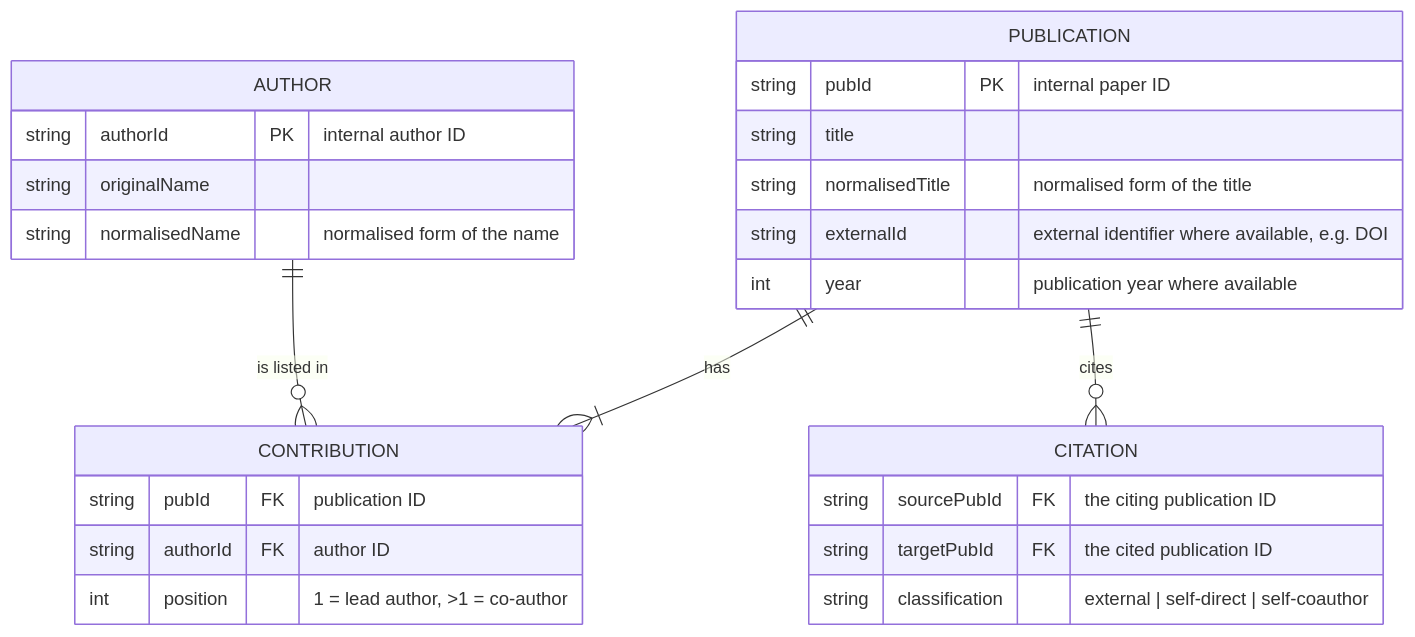
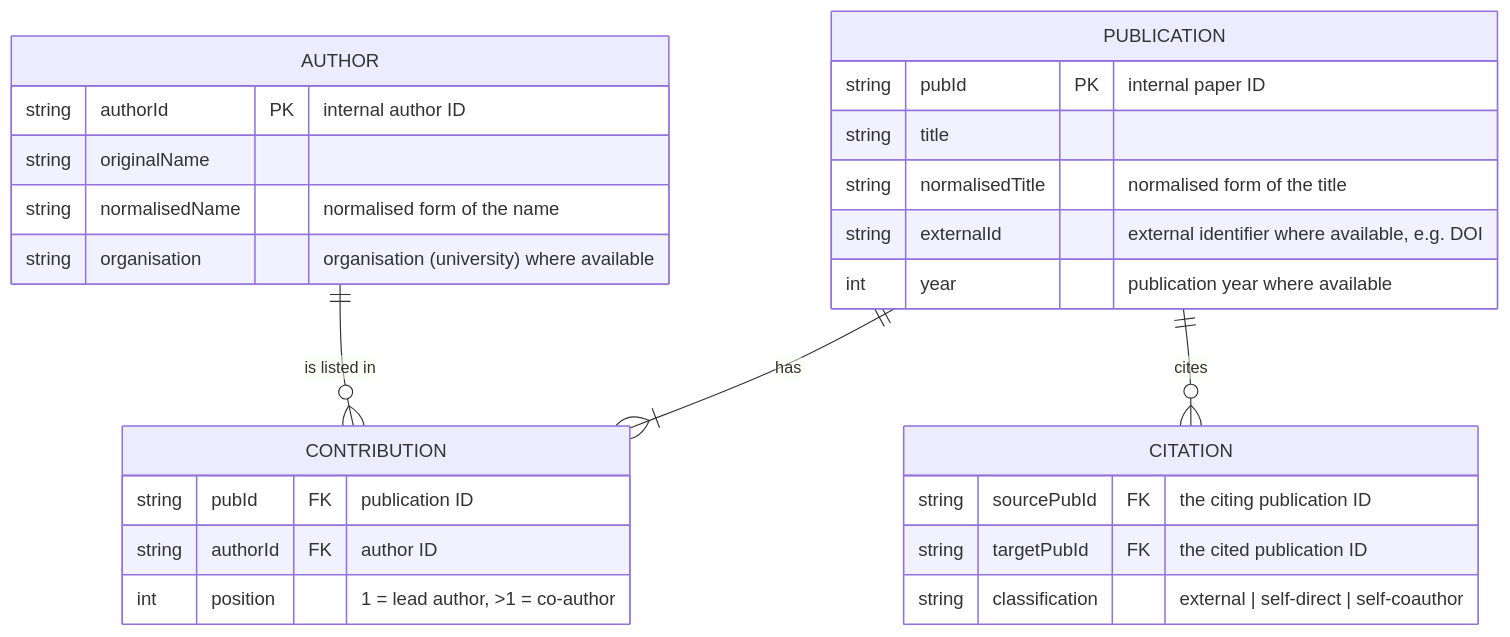
The fifth of 8 diagrams in docs/system-design.md (esaounkine/uop-thesis), drawn with Mermaid before and after one commit. The commit also changed 10 other files, not shown here.

````diff
--- a/docs/system-design.md
+++ b/docs/system-design.md
@@ -255,36 +255,37 @@
 ```mermaid
 erDiagram
 
   PUBLICATION ||--|{ CONTRIBUTION : "has"
   
   AUTHOR ||--o{ CONTRIBUTION : "is listed in"
 
   PUBLICATION ||--o{ CITATION : "cites"
 
 
   PUBLICATION {
     string pubId PK "internal paper ID"
     string title
     string normalisedTitle "normalised form of the title"
     string externalId "external identifier where available, e.g. DOI"
     int year "publication year where available"
   }
 
   AUTHOR {
     string authorId PK "internal author ID"
     string originalName
     string normalisedName "normalised form of the name"
+    string organisation "organisation (university) where available"
   }
 
   CONTRIBUTION {
     string pubId FK "publication ID"
     string authorId FK "author ID"
     int position "1 = lead author, >1 = co-author"
   }
 
   CITATION {
     string sourcePubId FK "the citing publication ID"
     string targetPubId FK "the cited publication ID"
     string classification "external | self-direct | self-coauthor"
   }
 ```
````
